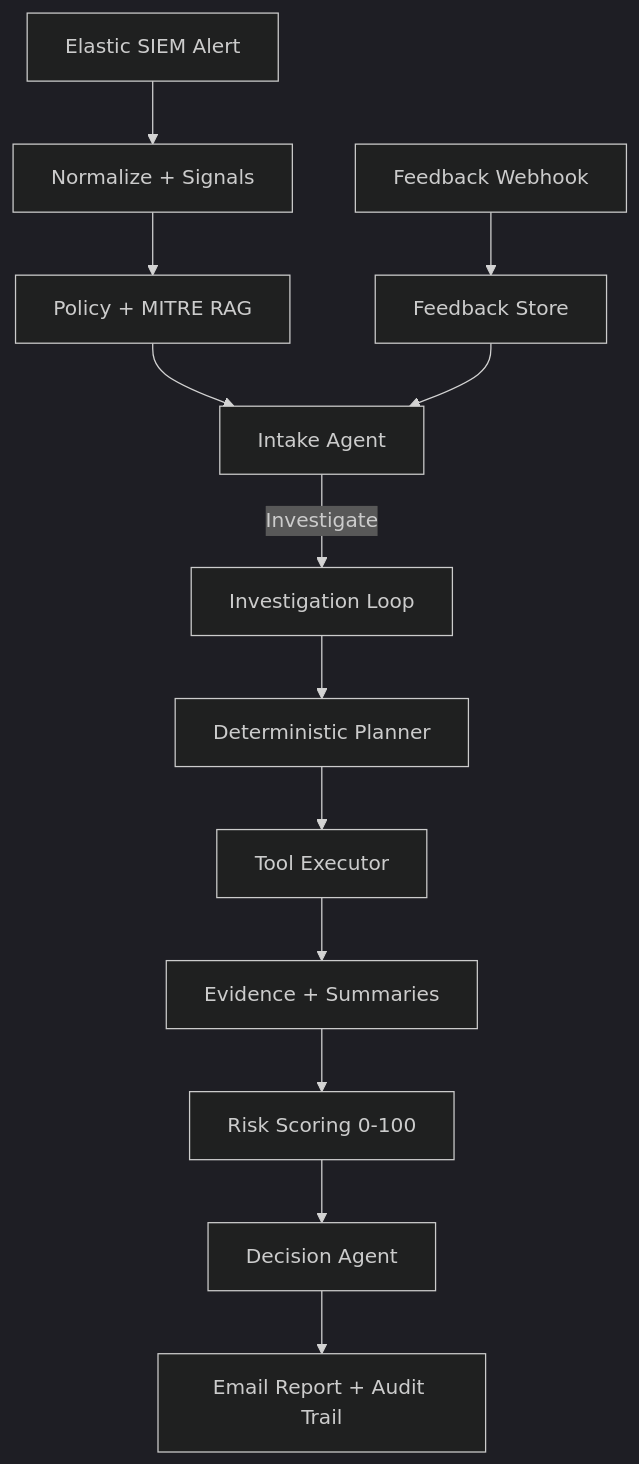
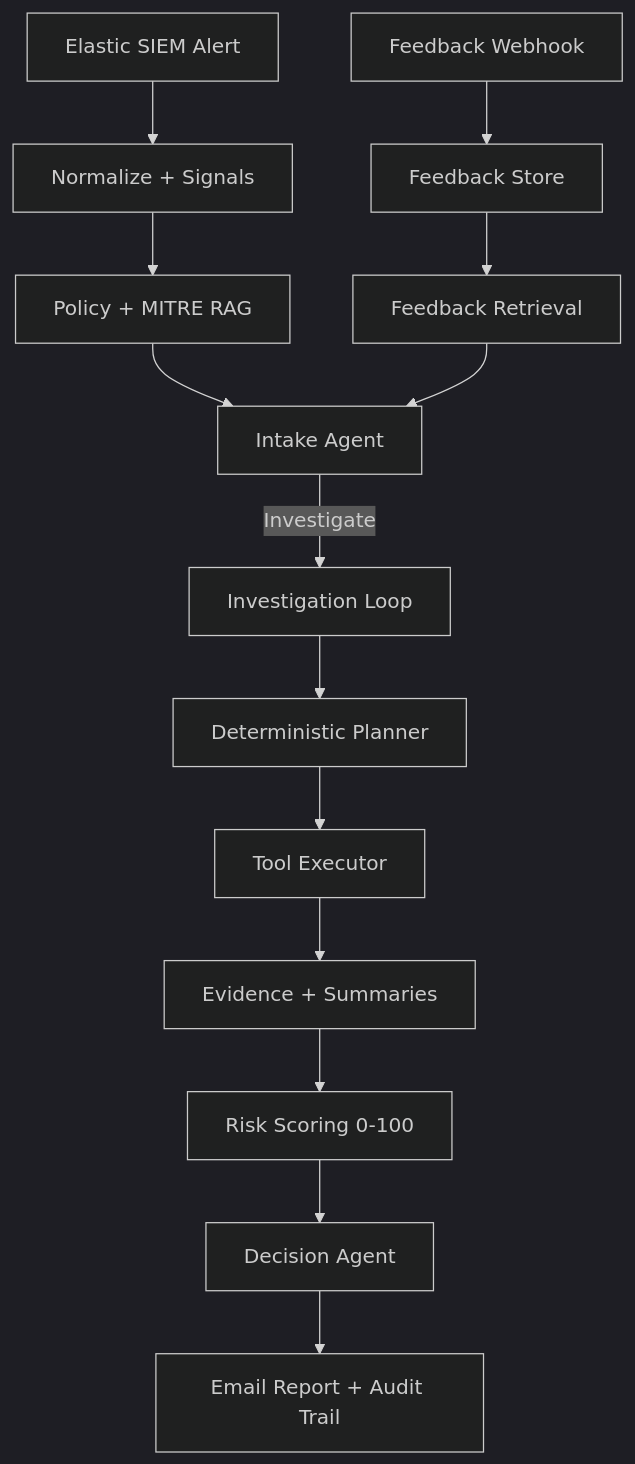
The first of 2 diagrams in README.md (GBinion2020/AI-Triage-AgentV3-), drawn with Mermaid (dark theme) before and after one commit. The commit also changed other lines of this file and 1 other file, not shown here.

Commit message:
Update README and add pipeline wiki

````diff
--- a/README.md
+++ b/README.md
@@ -30,15 +30,16 @@
 ```mermaid
 flowchart TB
   A[Elastic SIEM Alert] --> B[Normalize + Signals]
   B --> C[Policy + MITRE RAG]
   C --> D[Intake Agent]
   D -->|Investigate| E[Investigation Loop]
   E --> F[Deterministic Planner]
   F --> G[Tool Executor]
   G --> H[Evidence + Summaries]
   H --> I[Risk Scoring 0-100]
   I --> J[Decision Agent]
   J --> K[Email Report + Audit Trail]
   L[Feedback Webhook] --> M[Feedback Store]
-  M --> D
+  M --> N[Feedback Retrieval]
+  N --> D
 ```
````
